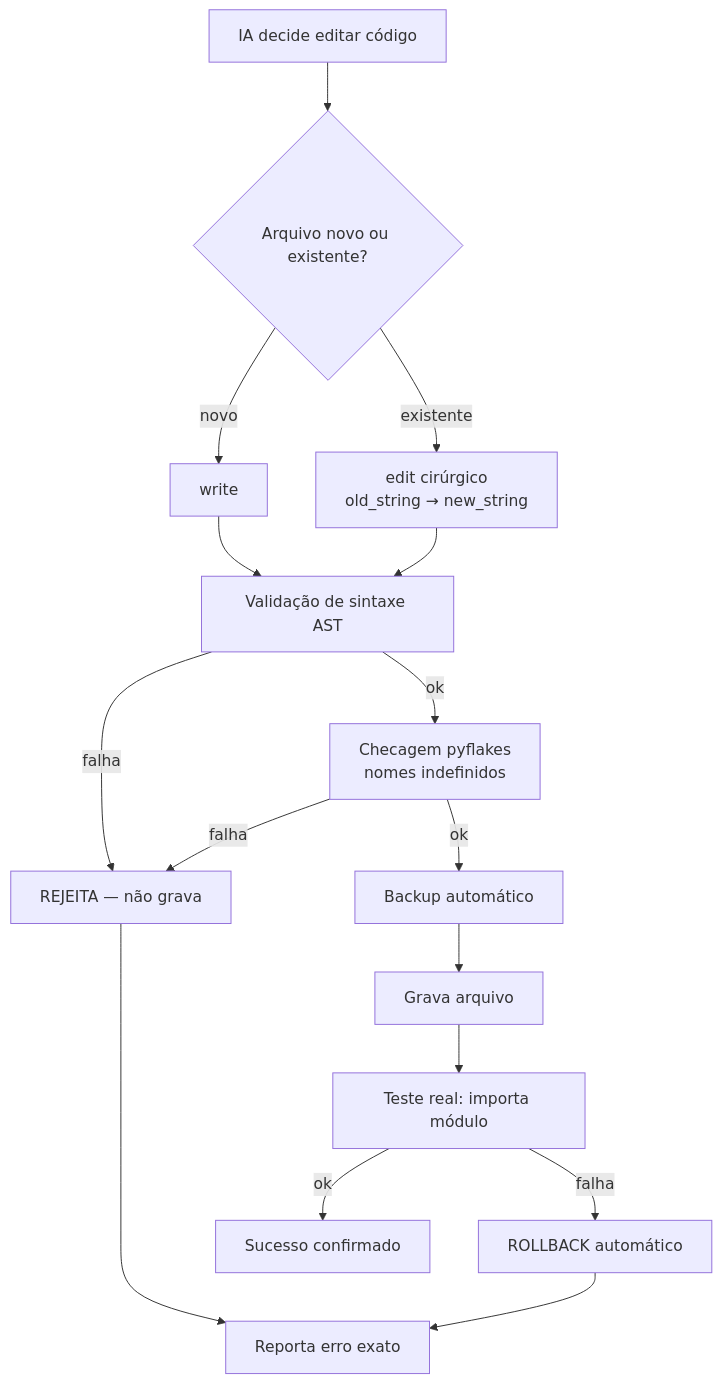
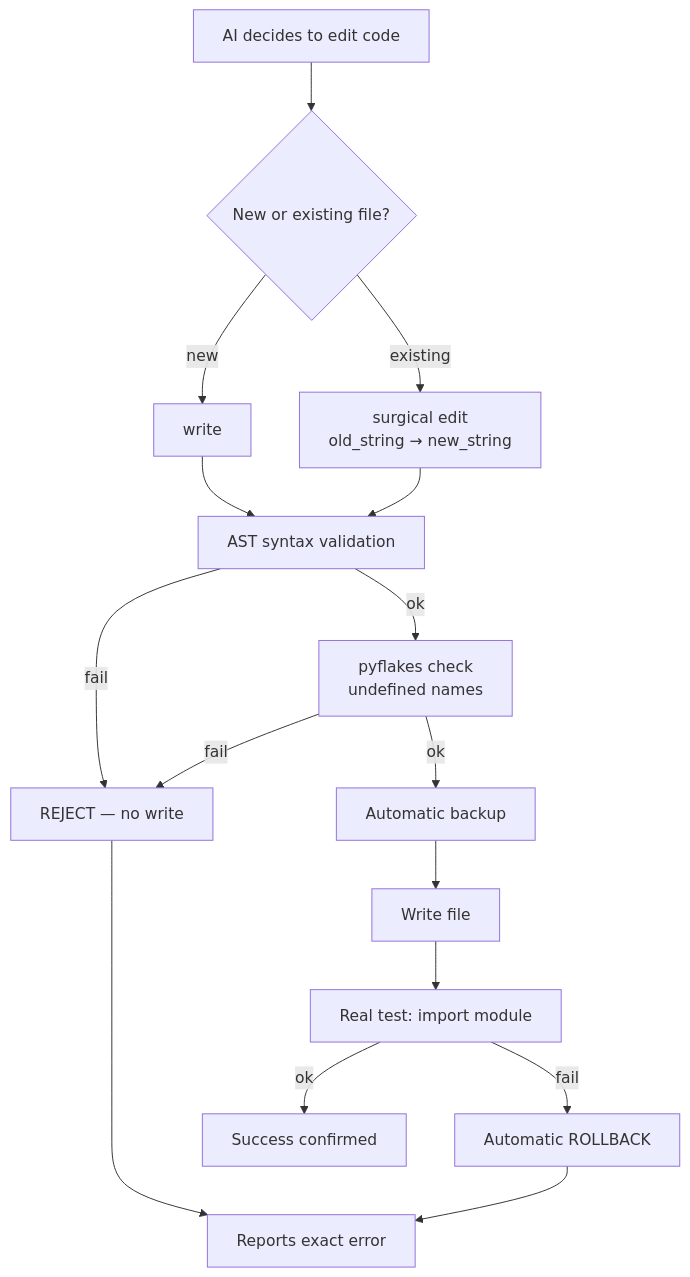
One commit to WinstonPereira/diana-ai-agent-showcase changed the second of 4 diagrams in docs/diagrams/architecture.md. Above: the diagram before and after it, drawn with Mermaid. The commit also changed other lines of this file, not shown here.

Commit message:
docs: translate architecture diagrams to English

````diff
--- a/docs/diagrams/architecture.md
+++ b/docs/diagrams/architecture.md
@@ -32,18 +32,18 @@
 ```mermaid
 flowchart TD
-    A[IA decide editar código] --> B{Arquivo novo ou existente?}
-    B -->|novo| C[write]
-    B -->|existente| D[edit cirúrgico<br/>old_string → new_string]
-    C --> E[Validação de sintaxe AST]
+    A[AI decides to edit code] --> B{New or existing file?}
+    B -->|new| C[write]
+    B -->|existing| D[surgical edit<br/>old_string → new_string]
+    C --> E[AST syntax validation]
     D --> E
-    E -->|falha| R[REJEITA — não grava]
-    E -->|ok| F[Checagem pyflakes<br/>nomes indefinidos]
-    F -->|falha| R
-    F -->|ok| G[Backup automático]
-    G --> H[Grava arquivo]
-    H --> I[Teste real: importa módulo]
-    I -->|falha| J[ROLLBACK automático]
-    I -->|ok| K[Sucesso confirmado]
-    R --> L[Reporta erro exato]
+    E -->|fail| R[REJECT — no write]
+    E -->|ok| F[pyflakes check<br/>undefined names]
+    F -->|fail| R
+    F -->|ok| G[Automatic backup]
+    G --> H[Write file]
+    H --> I[Real test: import module]
+    I -->|fail| J[Automatic ROLLBACK]
+    I -->|ok| K[Success confirmed]
+    R --> L[Reports exact error]
     J --> L
 ```
````
